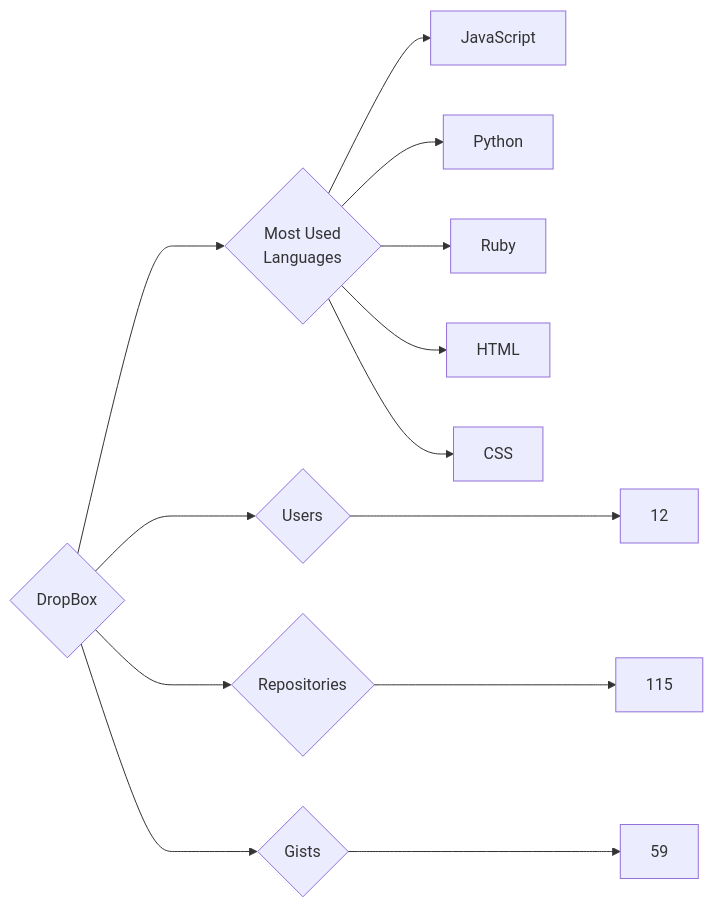
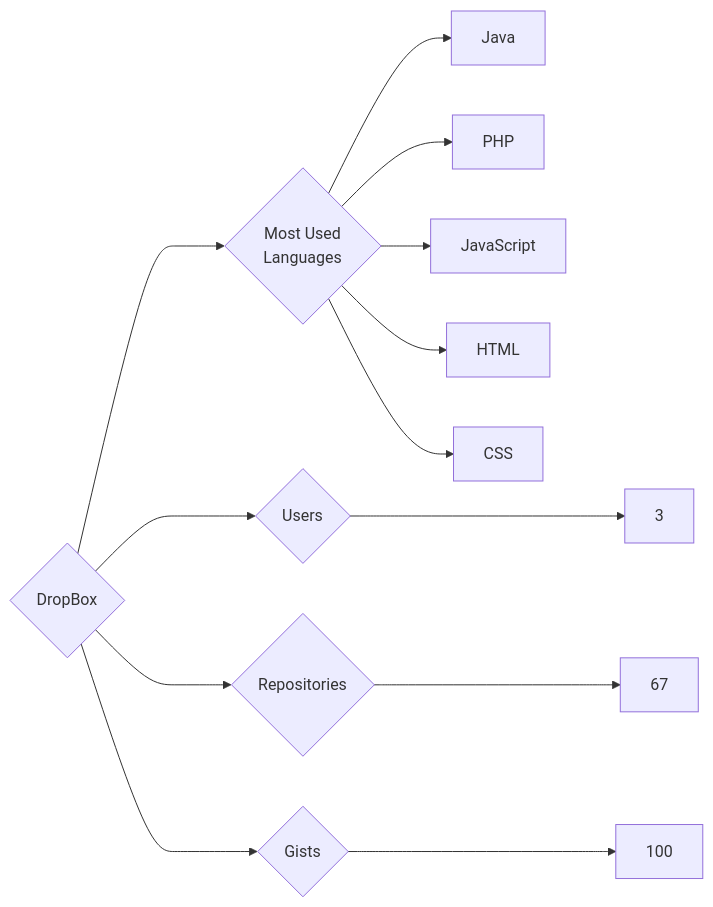
One commit to trickest/insiders changed the diagram in targets/DropBox/README.md. Above: the diagram before and after it, drawn with Mermaid. The commit also changed 933 other files, not shown here.

````diff
--- a/targets/DropBox/README.md
+++ b/targets/DropBox/README.md
@@ -3,13 +3,13 @@
 ```mermaid
 graph LR
 COMPANY_NAME{DropBox}
-COMPANY_NAME ---> U{Users} ---> UN[12]
-COMPANY_NAME ---> R{Repositories} ---> RN[115]
-COMPANY_NAME ---> G{Gists} ---> GN[59]
+COMPANY_NAME ---> U{Users} ---> UN[3]
+COMPANY_NAME ---> R{Repositories} ---> RN[67]
+COMPANY_NAME ---> G{Gists} ---> GN[100]
 COMPANY_NAME ---> ML{Most Used<br>Languages}
+ML --> Java[Java]
+ML --> PHP[PHP]
 ML --> JavaScript[JavaScript]
-ML --> Python[Python]
-ML --> Ruby[Ruby]
 ML --> HTML[HTML]
 ML --> CSS[CSS]
 ```
````
